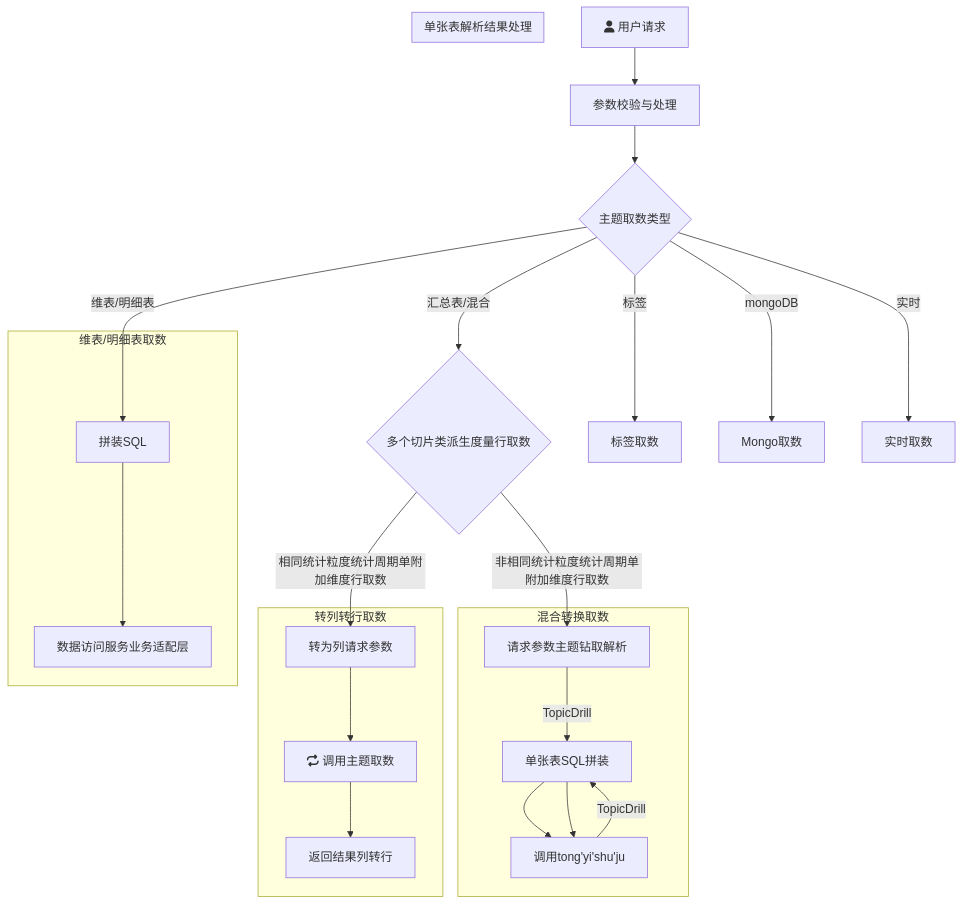
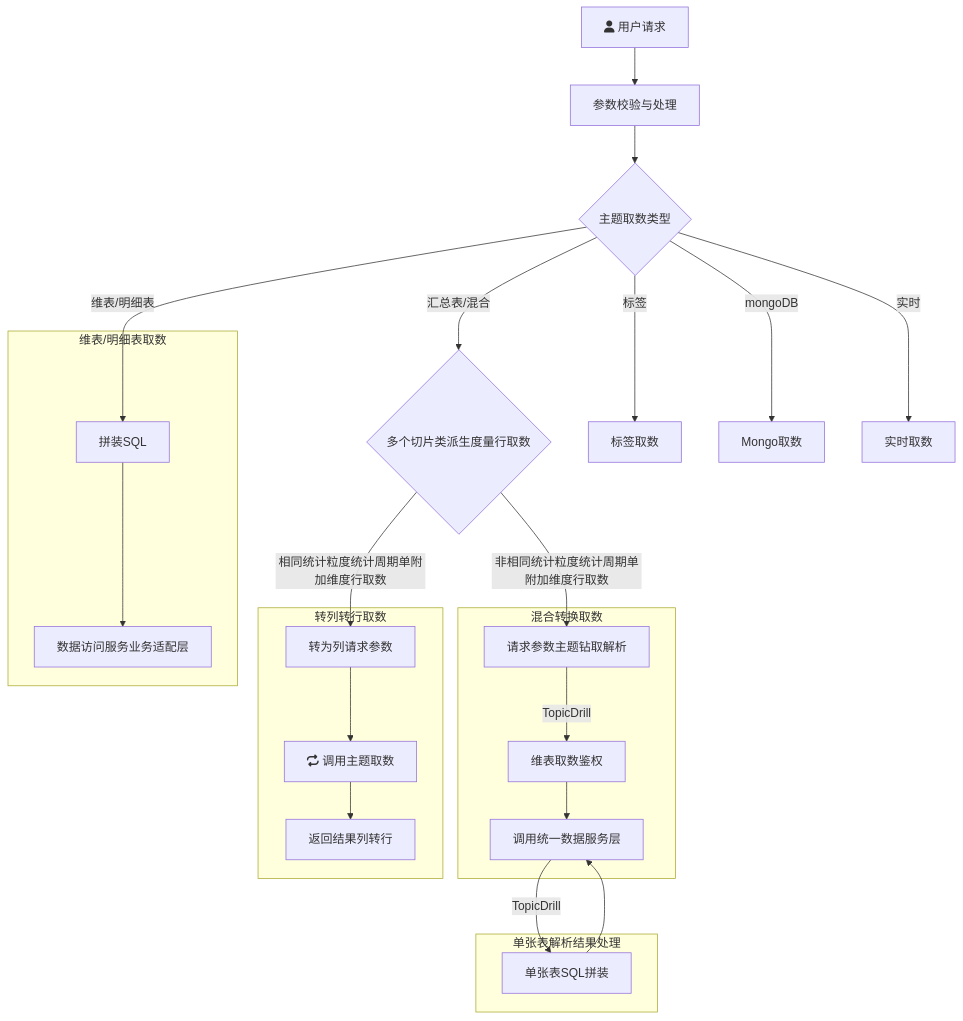
One commit to yanglosm/iodraw-files changed the diagram in all/未命名.md. Above: the diagram before and after it, drawn with Mermaid.

Commit message:
2024-11-29 18:46:50 update

````diff
--- a/all/未命名.md
+++ b/all/未命名.md
@@ -1,23 +1,23 @@
 ```mermaid
 flowchart TD
     A[fa:fa-user 用户请求] -->A1[参数校验与处理] --> B{主题取数类型}
     B -->|维表/明细表| D[拼装SQL]
     B -->|汇总表/混合| E{多个切片类派生度量行取数}
     B -->|标签| F[标签取数]
     B -->|mongoDB| G[Mongo取数]
     B -->|实时| H[实时取数]
     E -->|相同统计粒度统计周期单附加维度行取数| E1[转为列请求参数]
     E -->|非相同统计粒度统计周期单附加维度行取数| T1[请求参数主题钻取解析]
     subgraph 维表/明细表取数
     D-->D1[数据访问服务业务适配层]
     end
     subgraph 转列转行取数
     E1-->E11[fa:fa-repeat 调用主题取数]-->E12[返回结果列转行]
     end
     subgraph 混合转换取数
     T1-->|TopicDrill| T2[维表取数鉴权] --> T3[单张表解析结果处理]
     end
     subgraph 单张表解析结果处理
-    T3-->|TopicDrill| T2[单张表SQL拼装] --> T3[调用tong'yi'shu'ju]
+    T3-->|TopicDrill| T31[单张表SQL拼装] --> T3[调用统一数据服务层]
     end
 ```
````
